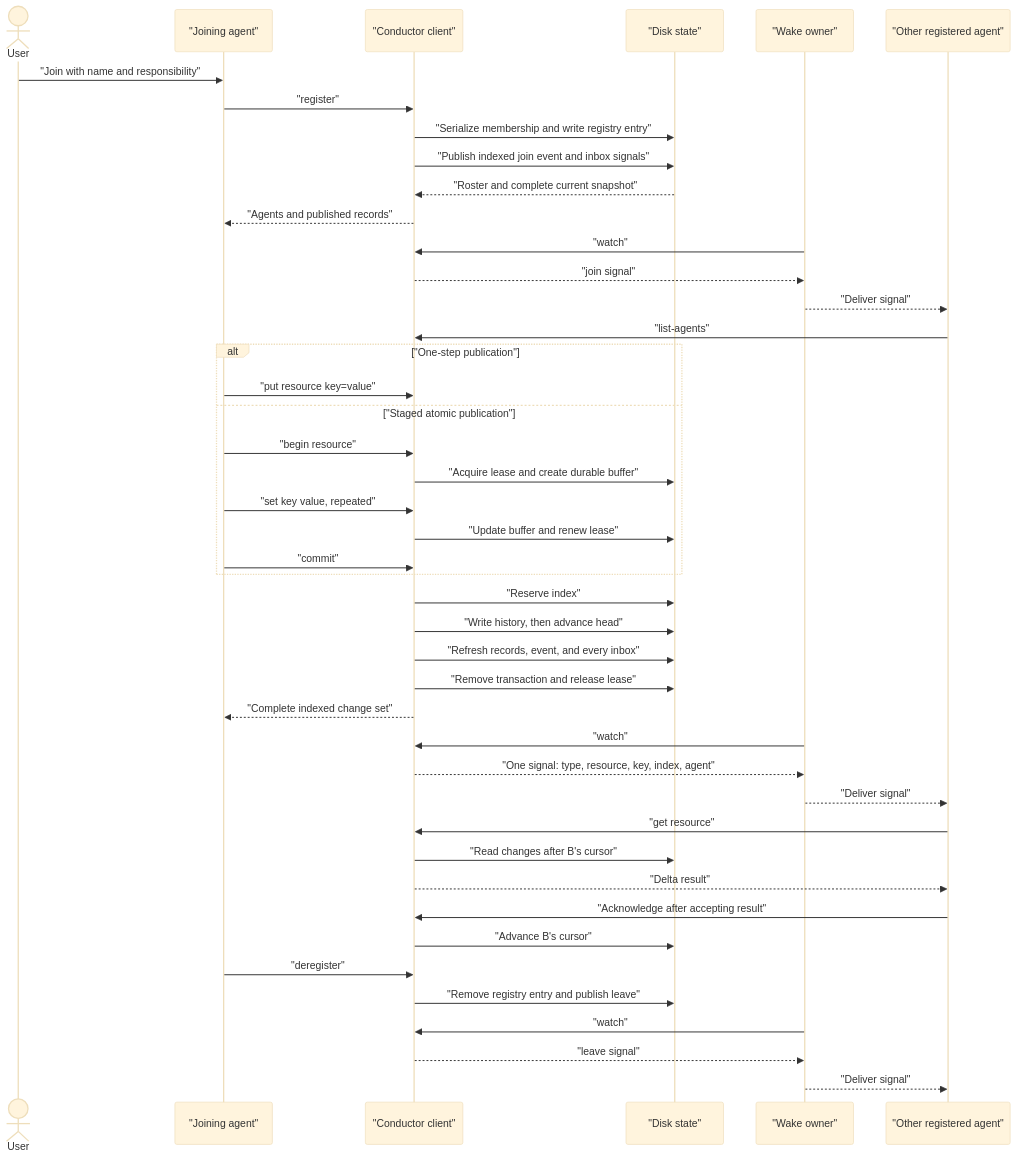
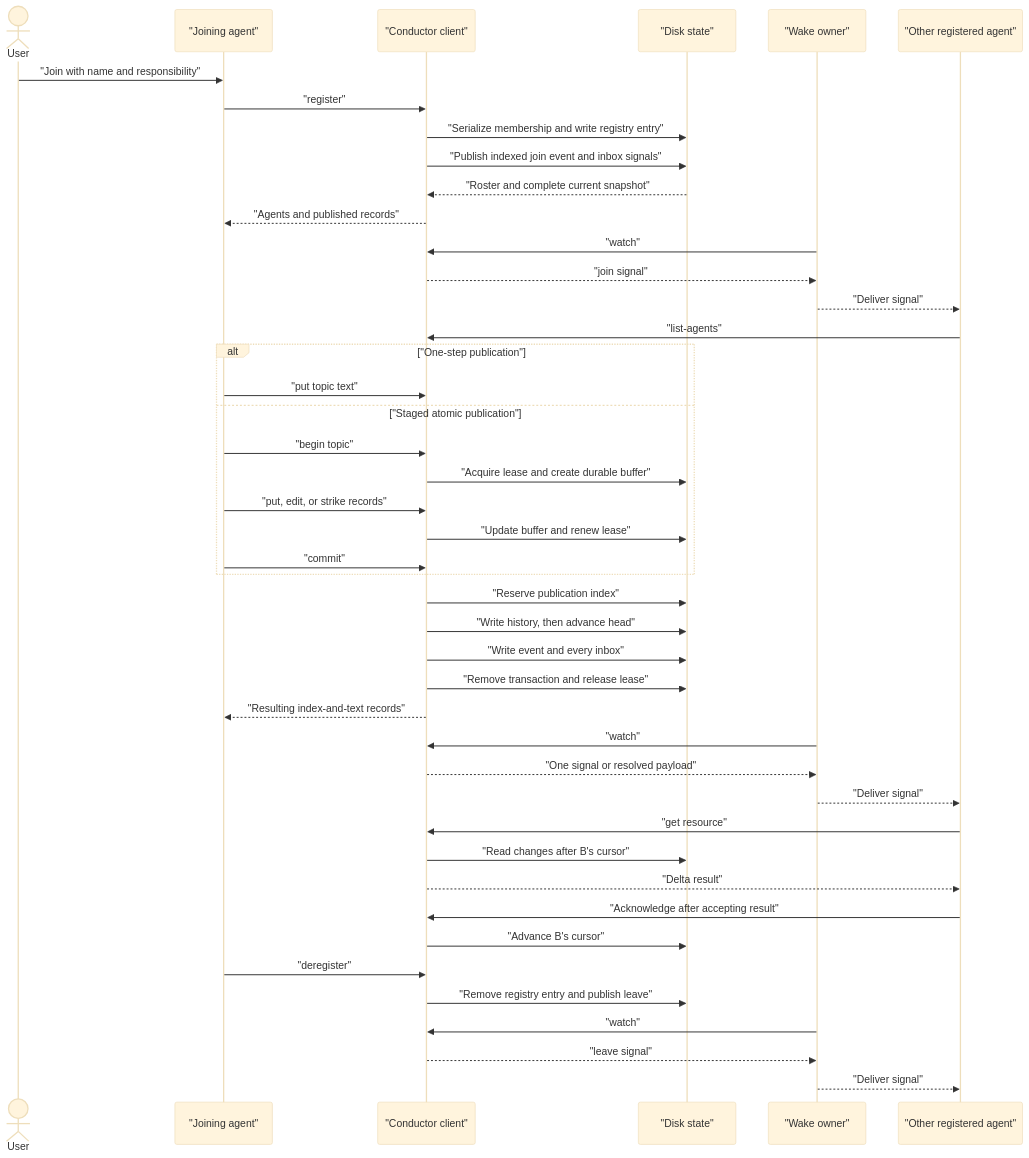
The second of 7 diagrams in docs/use-case.md (danlavee/Conductor), drawn with Mermaid (base theme) before and after one commit. The commit also changed other lines of this file and 84 other files, not shown here.

````diff
--- a/docs/use-case.md
+++ b/docs/use-case.md
@@ -16,51 +16,51 @@
 ```mermaid
 sequenceDiagram
     actor User
     participant A as "Joining agent"
     participant C as "Conductor client"
     participant D as "Disk state"
     participant W as "Wake owner"
     participant B as "Other registered agent"
 
     User->>A: "Join with name and responsibility"
     A->>C: "register"
     C->>D: "Serialize membership and write registry entry"
     C->>D: "Publish indexed join event and inbox signals"
     D-->>C: "Roster and complete current snapshot"
     C-->>A: "Agents and published records"
     W->>C: "watch"
     C-->>W: "join signal"
     W-->>B: "Deliver signal"
     B->>C: "list-agents"
 
     alt "One-step publication"
-        A->>C: "put resource key=value"
+        A->>C: "put topic text"
     else "Staged atomic publication"
-        A->>C: "begin resource"
+        A->>C: "begin topic"
         C->>D: "Acquire lease and create durable buffer"
-        A->>C: "set key value, repeated"
+        A->>C: "put, edit, or strike records"
         C->>D: "Update buffer and renew lease"
         A->>C: "commit"
     end
 
-    C->>D: "Reserve index"
+    C->>D: "Reserve publication index"
     C->>D: "Write history, then advance head"
-    C->>D: "Refresh records, event, and every inbox"
+    C->>D: "Write event and every inbox"
     C->>D: "Remove transaction and release lease"
-    C-->>A: "Complete indexed change set"
+    C-->>A: "Resulting index-and-text records"
 
     W->>C: "watch"
-    C-->>W: "One signal: type, resource, key, index, agent"
+    C-->>W: "One signal or resolved payload"
     W-->>B: "Deliver signal"
     B->>C: "get resource"
     C->>D: "Read changes after B's cursor"
     C-->>B: "Delta result"
     B->>C: "Acknowledge after accepting result"
     C->>D: "Advance B's cursor"
 
     A->>C: "deregister"
     C->>D: "Remove registry entry and publish leave"
     W->>C: "watch"
     C-->>W: "leave signal"
     W-->>B: "Deliver signal"
 ```
````
